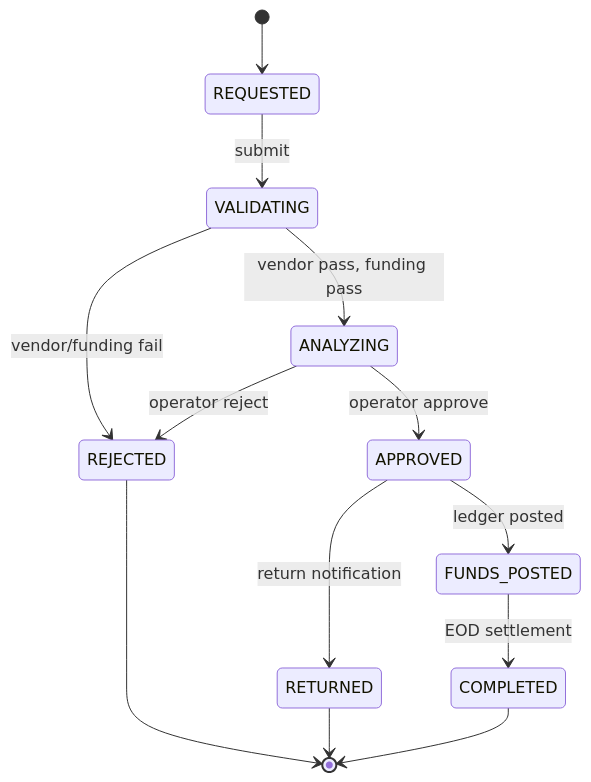
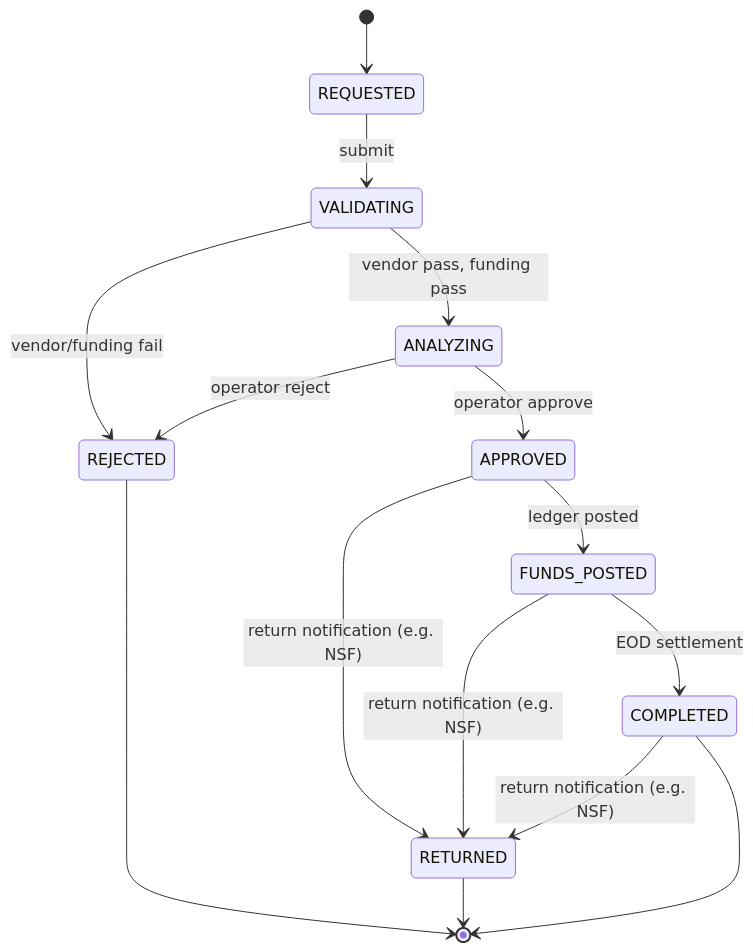
The second of 2 diagrams in docs/architecture.md (jack0lantern/check-scanner-apex), drawn with Mermaid before and after one commit. The commit also changed other lines of this file and 7 other files, not shown here.

Commit message:
allow posting insufficent funds for return

````diff
--- a/docs/architecture.md
+++ b/docs/architecture.md
@@ -201,15 +202,17 @@
 ```mermaid
 stateDiagram-v2
     [*] --> REQUESTED
     REQUESTED --> VALIDATING : submit
     VALIDATING --> ANALYZING : vendor pass, funding pass
     VALIDATING --> REJECTED : vendor/funding fail
     ANALYZING --> APPROVED : operator approve
     ANALYZING --> REJECTED : operator reject
     APPROVED --> FUNDS_POSTED : ledger posted
     FUNDS_POSTED --> COMPLETED : EOD settlement
-    APPROVED --> RETURNED : return notification
+    APPROVED --> RETURNED : return notification (e.g. NSF)
+    FUNDS_POSTED --> RETURNED : return notification (e.g. NSF)
+    COMPLETED --> RETURNED : return notification (e.g. NSF)
     REJECTED --> [*]
     RETURNED --> [*]
     COMPLETED --> [*]
 ```
````
